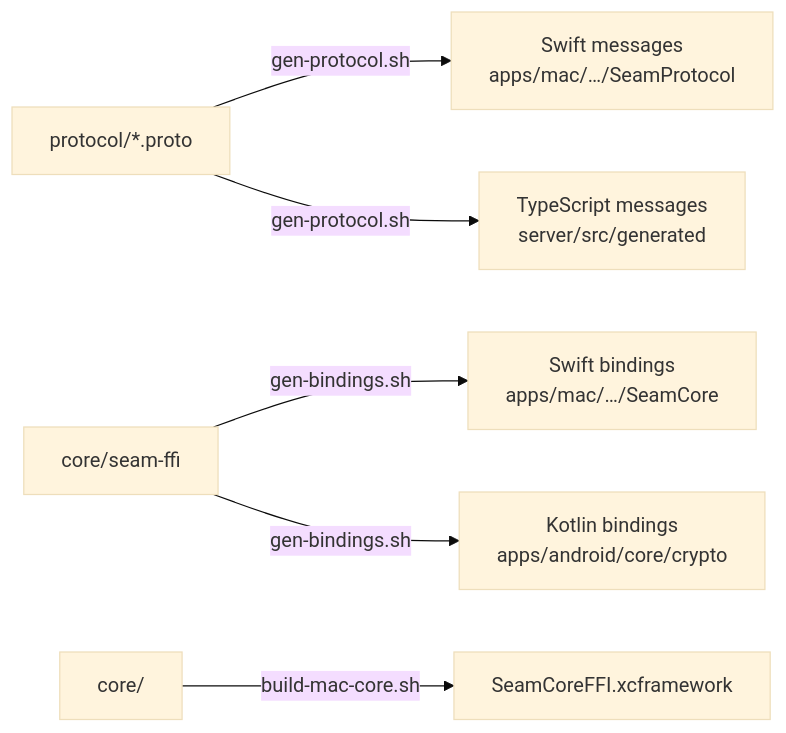
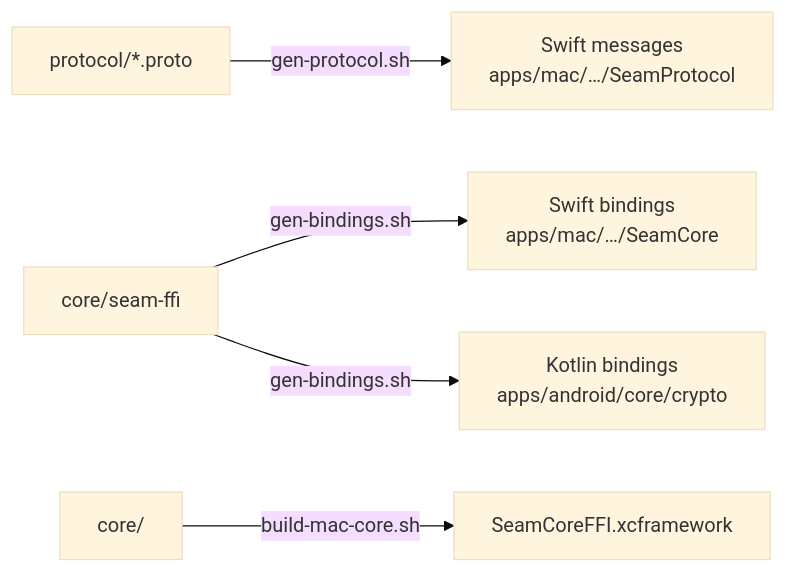
One commit to aveterosystems/seam changed the diagram in scripts/README.md. Above: the diagram before and after it, drawn with Mermaid (base theme). The commit also changed other lines of this file and 75 other files, not shown here.

````diff
--- a/scripts/README.md
+++ b/scripts/README.md
@@ -19,8 +19,7 @@
 ```mermaid
 flowchart LR
     proto["protocol/*.proto"] -- gen-protocol.sh --> sw["Swift messages<br/>apps/mac/…/SeamProtocol"]
-    proto -- gen-protocol.sh --> ts["TypeScript messages<br/>server/src/generated"]
     ffi["core/seam-ffi"] -- gen-bindings.sh --> sb["Swift bindings<br/>apps/mac/…/SeamCore"]
     ffi -- gen-bindings.sh --> kb["Kotlin bindings<br/>apps/android/core/crypto"]
     core["core/"] -- build-mac-core.sh --> xc["SeamCoreFFI.xcframework"]
 ```
````
